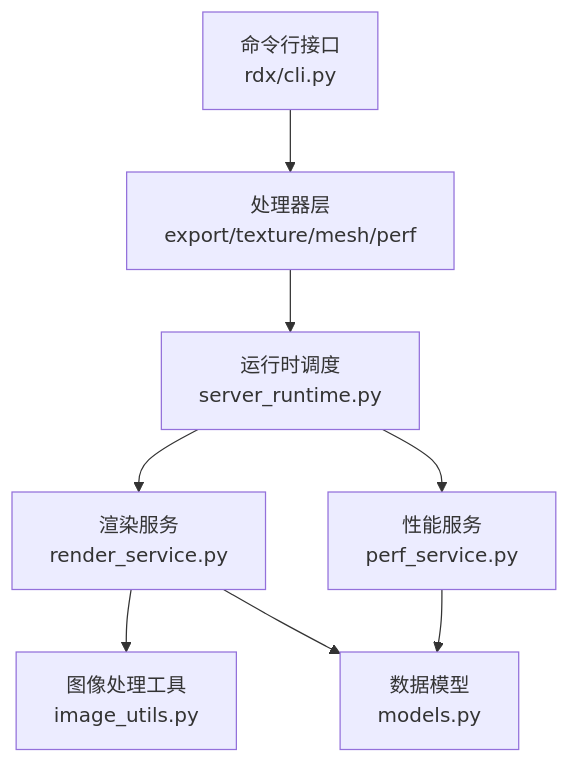
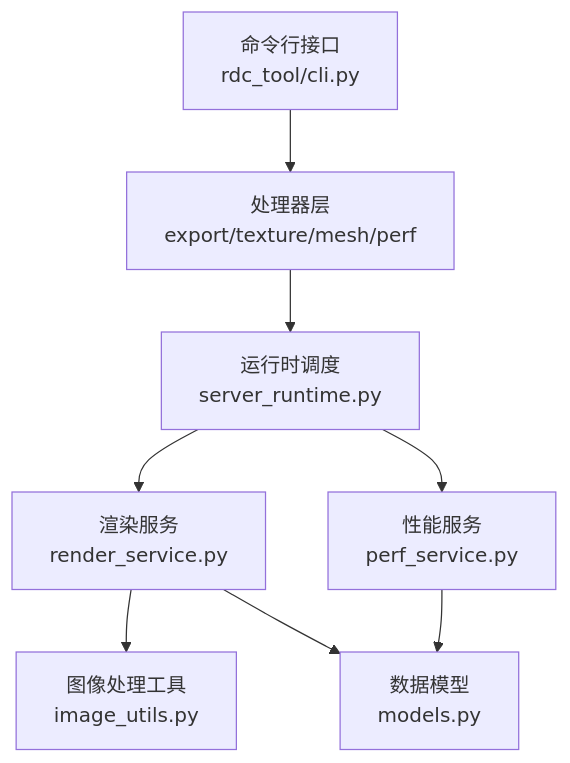
One commit to haolange/RDC-Tool changed the first of 8 diagrams in .qoder/repowiki/zh/content/API规范/导出与分析API.md. Above: the diagram before and after it, drawn with Mermaid. The commit also changed other lines of this file and 388 other files, not shown here.

First line of the commit message:
Release RDC-Tool identity and public maintenance surface

````diff
--- a/.qoder/repowiki/zh/content/API规范/导出与分析API.md
+++ b/.qoder/repowiki/zh/content/API规范/导出与分析API.md
@@ -46,10 +46,10 @@
 ```mermaid
 graph TB
-CLI["命令行接口<br/>rdx/cli.py"] --> Handlers["处理器层<br/>export/texture/mesh/perf"]
+CLI["命令行接口<br/>rdc_tool/cli.py"] --> Handlers["处理器层<br/>export/texture/mesh/perf"]
 Handlers --> Runtime["运行时调度<br/>server_runtime.py"]
 Runtime --> RenderSvc["渲染服务<br/>render_service.py"]
 Runtime --> PerfSvc["性能服务<br/>perf_service.py"]
 RenderSvc --> Utils["图像处理工具<br/>image_utils.py"]
 RenderSvc --> Models["数据模型<br/>models.py"]
 PerfSvc --> Models
 ```
````
